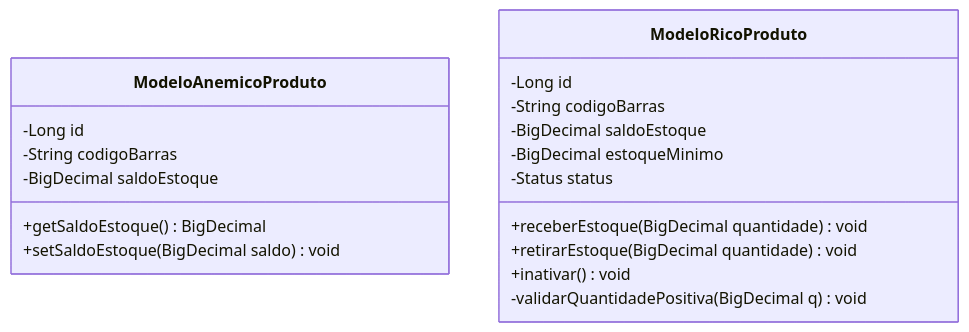
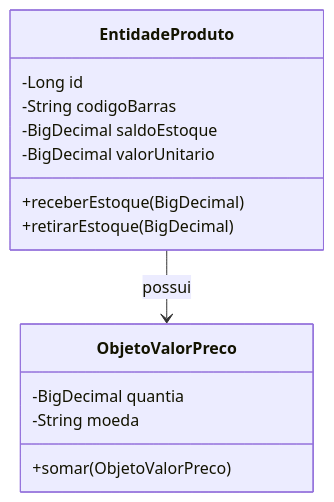
Before and after one commit to murilolol/unifef: the tenth of 23 diagrams in 4º Semestre/[Prof. Jefferson Passerini] Laboratório de Programação IV/Resumos-IA/Simulados-Comentados.md, drawn with Mermaid. The commit also changed other lines of this file and 58 other files, not shown here.

````diff
--- a/4º Semestre/[Prof. Jefferson Passerini] Laboratório de Programação IV/Resumos-IA/Simulados-Comentados.md
+++ b/4º Semestre/[Prof. Jefferson Passerini] Laboratório de Programação IV/Resumos-IA/Simulados-Comentados.md
@@ -170,22 +517,17 @@
 ```mermaid
 classDiagram
- class ModeloAnemicoProduto {
- -Long id
- -String codigoBarras
- -BigDecimal saldoEstoque
- +getSaldoEstoque() BigDecimal
- +setSaldoEstoque(BigDecimal saldo) void
- }
-
- class ModeloRicoProduto {
- -Long id
- -String codigoBarras
- -BigDecimal saldoEstoque
- -BigDecimal estoqueMinimo
- -Status status
- +receberEstoque(BigDecimal quantidade) void
- +retirarEstoque(BigDecimal quantidade) void
- +inativar() void
- -validarQuantidadePositiva(BigDecimal q) void
- }
+    class EntidadeProduto {
+        -Long id
+        -String codigoBarras
+        -BigDecimal saldoEstoque
+        -BigDecimal valorUnitario
+        +receberEstoque(BigDecimal)
+        +retirarEstoque(BigDecimal)
+    }
+    class ObjetoValorPreco {
+        -BigDecimal quantia
+        -String moeda
+        +somar(ObjetoValorPreco)
+    }
+    EntidadeProduto --> ObjetoValorPreco : possui
 ```
````
